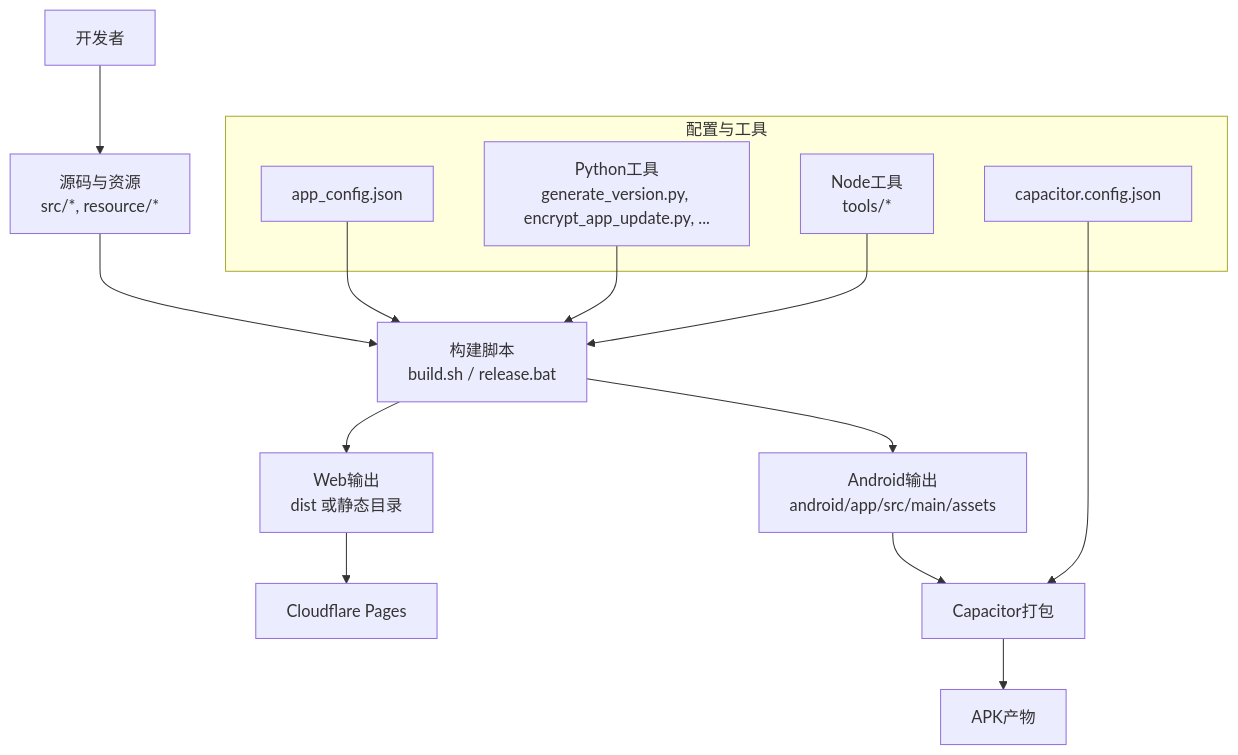
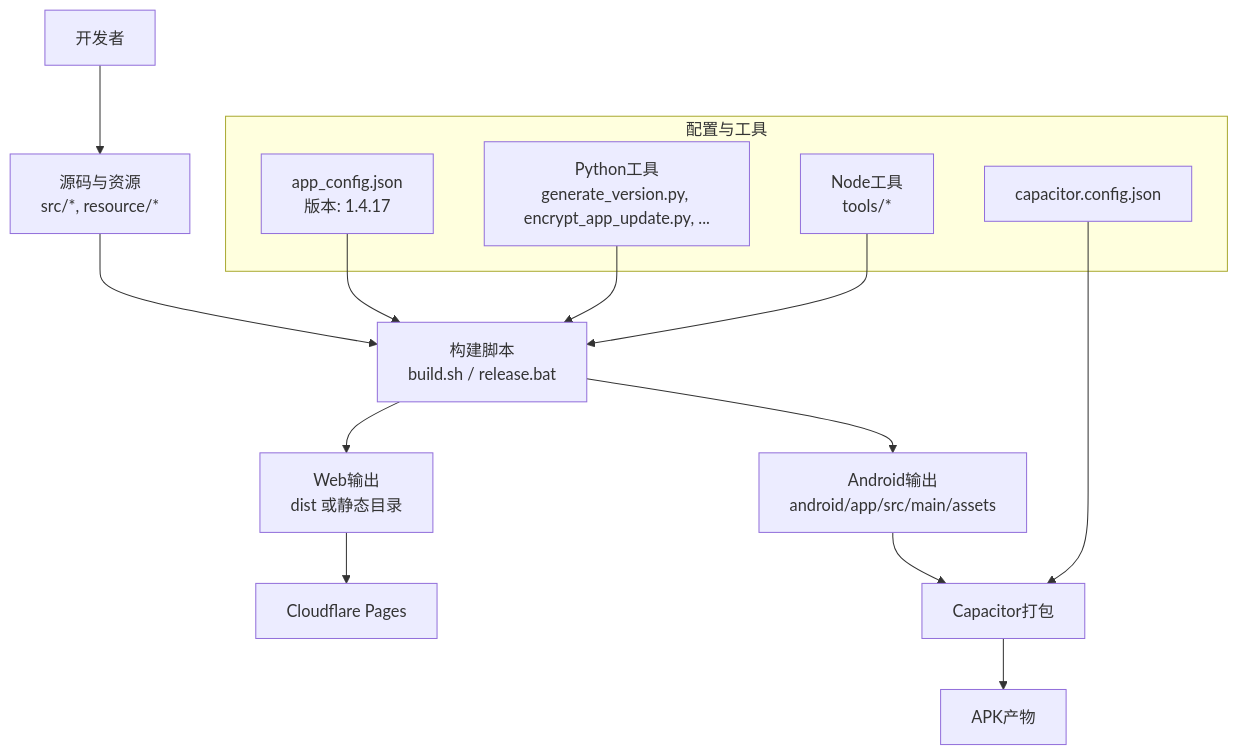
The second of 6 diagrams in .qoder/repowiki/zh/content/部署发布/部署发布.md (zhao-zg/cx), drawn with Mermaid before and after one commit. The commit also changed other lines of this file and 30 other files, not shown here.

````diff
--- a/.qoder/repowiki/zh/content/部署发布/部署发布.md
+++ b/.qoder/repowiki/zh/content/部署发布/部署发布.md
@@ -125,20 +136,20 @@
 ```mermaid
 graph TB
 Dev["开发者"] --> Src["源码与资源<br/>src/*, resource/*"]
 Src --> Build["构建脚本<br/>build.sh / release.bat"]
 Build --> WebOut["Web输出<br/>dist 或静态目录"]
 Build --> AndroidOut["Android输出<br/>android/app/src/main/assets"]
 WebOut --> CF["Cloudflare Pages"]
 AndroidOut --> Capacitor["Capacitor打包"]
 Capacitor --> APK["APK产物"]
 subgraph "配置与工具"
 Cfg["capacitor.config.json"]
-AppCfg["app_config.json"]
+AppCfg["app_config.json<br/>版本: 1.4.17"]
 PyTools["Python工具<br/>generate_version.py, encrypt_app_update.py, ..."]
 NodeTools["Node工具<br/>tools/*"]
 end
 Cfg --> Capacitor
 AppCfg --> Build
 PyTools --> Build
 NodeTools --> Build
 ```
````
